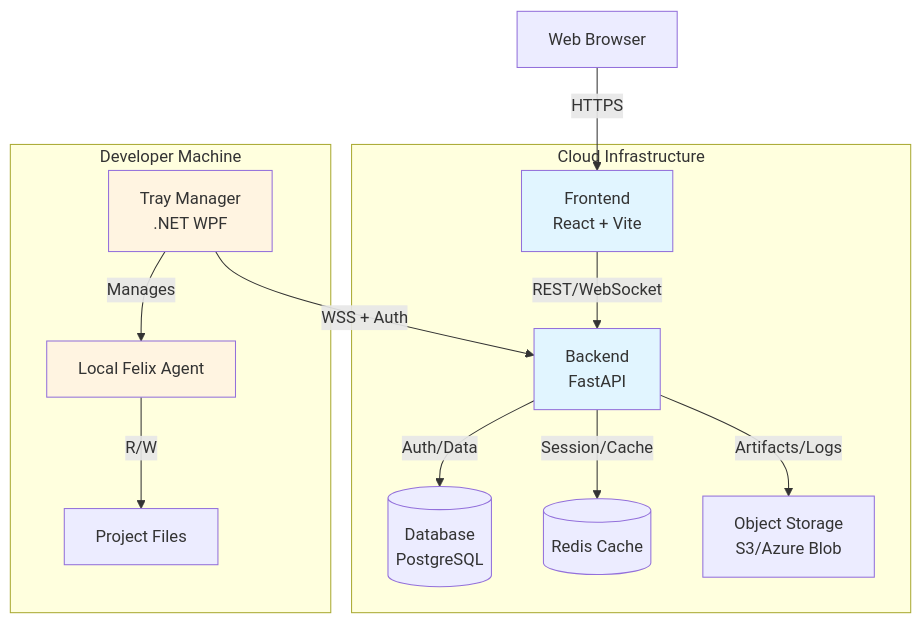
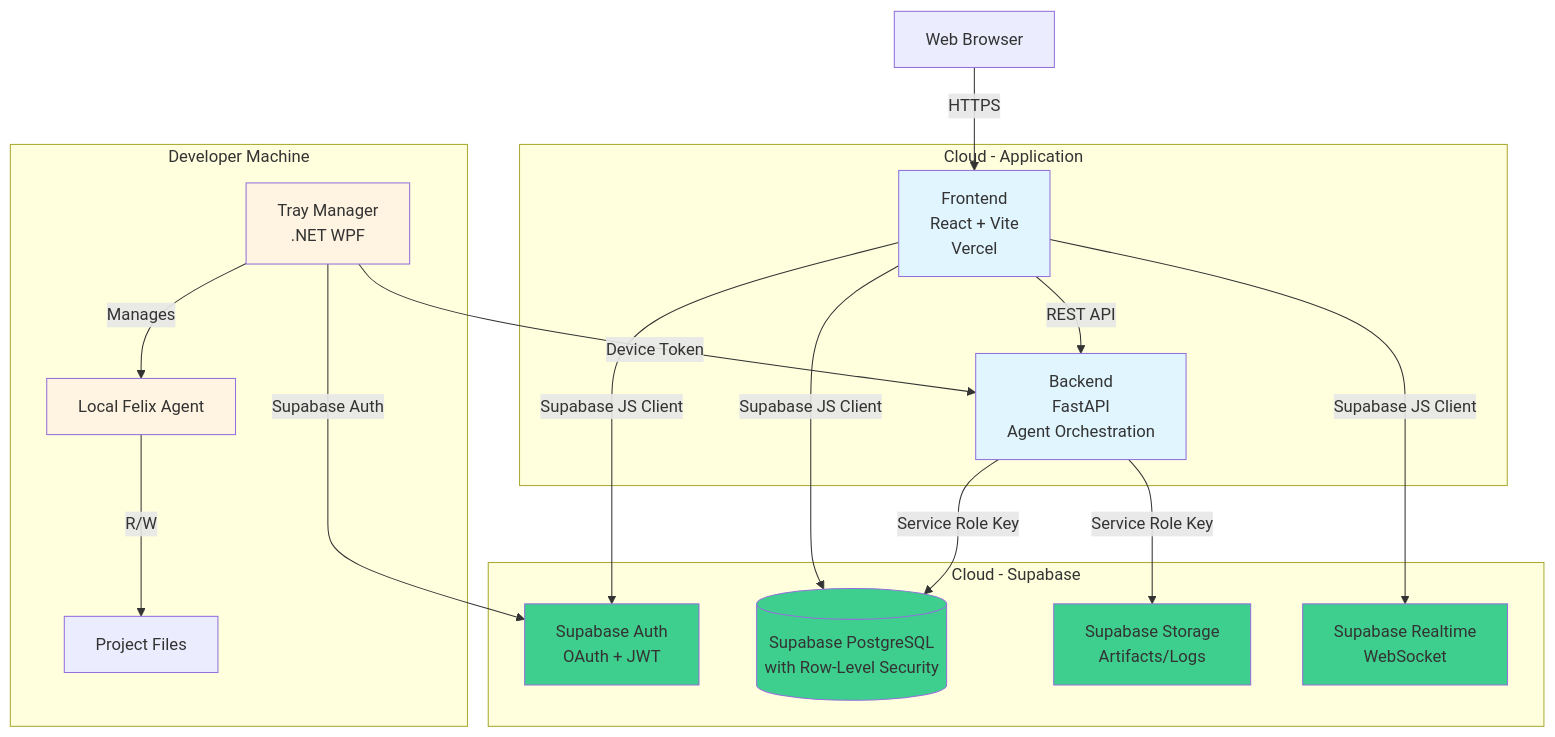
The first of 4 diagrams in PRODUCTION-TODO.md (nsasto/felix), drawn with Mermaid before and after one commit. The commit also changed other lines of this file, not shown here.

````diff
--- a/PRODUCTION-TODO.md
+++ b/PRODUCTION-TODO.md
@@ -11,30 +12,43 @@
 ```mermaid
 graph TB
-    subgraph "Cloud Infrastructure"
-        FE[Frontend<br/>React + Vite]
-        BE[Backend<br/>FastAPI]
-        DB[(Database<br/>PostgreSQL)]
-        CACHE[(Redis Cache)]
-        STORAGE[Object Storage<br/>S3/Azure Blob]
+    subgraph "Cloud - Supabase"
+        SUPA_AUTH[Supabase Auth<br/>OAuth + JWT]
+        SUPA_DB[(Supabase PostgreSQL<br/>with Row-Level Security)]
+        SUPA_STORAGE[Supabase Storage<br/>Artifacts/Logs]
+        SUPA_REALTIME[Supabase Realtime<br/>WebSocket]
+    end
+    
+    subgraph "Cloud - Application"
+        FE[Frontend<br/>React + Vite<br/>Vercel]
+        BE[Backend<br/>FastAPI<br/>Agent Orchestration]
     end
     
     subgraph "Developer Machine"
         TRAY[Tray Manager<br/>.NET WPF]
         LOCAL[Local Felix Agent]
         FILES[Project Files]
     end
     
     BROWSER[Web Browser] -->|HTTPS| FE
-    FE -->|REST/WebSocket| BE
-    BE -->|Auth/Data| DB
-    BE -->|Session/Cache| CACHE
-    BE -->|Artifacts/Logs| STORAGE
-    TRAY -->|WSS + Auth| BE
+    FE -->|Supabase JS Client| SUPA_AUTH
+    FE -->|Supabase JS Client| SUPA_DB
+    FE -->|Supabase JS Client| SUPA_REALTIME
+    FE -->|REST API| BE
+    
+    BE -->|Service Role Key| SUPA_DB
+    BE -->|Service Role Key| SUPA_STORAGE
+    
+    TRAY -->|Supabase Auth| SUPA_AUTH
+    TRAY -->|Device Token| BE
     TRAY -->|Manages| LOCAL
     LOCAL -->|R/W| FILES
     
     style FE fill:#e1f5ff
     style BE fill:#e1f5ff
+    style SUPA_AUTH fill:#3ecf8e
+    style SUPA_DB fill:#3ecf8e
+    style SUPA_STORAGE fill:#3ecf8e
+    style SUPA_REALTIME fill:#3ecf8e
     style TRAY fill:#fff4e1
     style LOCAL fill:#fff4e1
 ```
````
